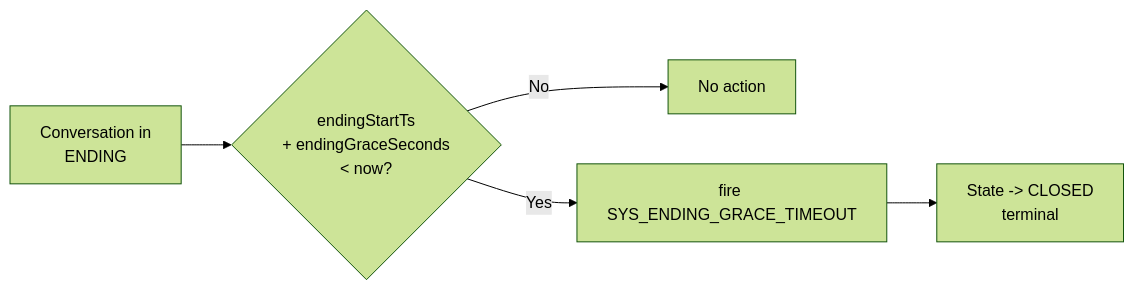
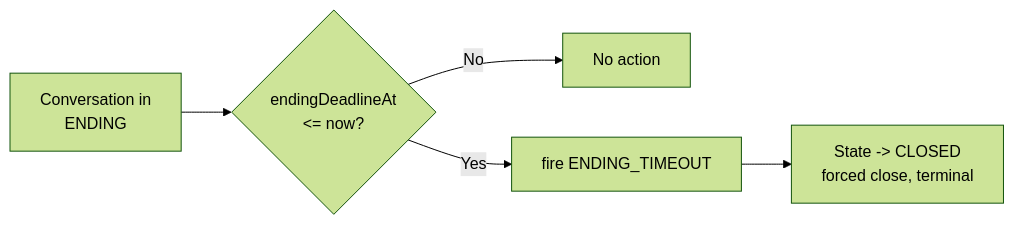
Before and after one commit to huangzhiqiu/ai-knowledge-design: the fifth of 7 diagrams in 08-Code/state-machine/docs/03-State-Transition-Diagrams.md, drawn with Mermaid (forest theme). The commit also changed other lines of this file, not shown here.

First line of the commit message:
docs(state-machine): update state transition diagrams for v4.0 alignment

````diff
--- a/08-Code/state-machine/docs/03-State-Transition-Diagrams.md
+++ b/08-Code/state-machine/docs/03-State-Transition-Diagrams.md
@@ -189,7 +229,7 @@
 ```mermaid
 flowchart LR
-    A[Conversation in<br/>ENDING] --> B{endingStartTs<br/>+ endingGraceSeconds<br/>< now?}
+    A[Conversation in<br/>ENDING] --> B{endingDeadlineAt<br/><= now?}
     B -->|No| C[No action]
-    B -->|Yes| D[fire SYS_ENDING_GRACE_TIMEOUT]
-    D --> E[State -> CLOSED<br/>terminal]
+    B -->|Yes| D[fire ENDING_TIMEOUT]
+    D --> E[State -> CLOSED<br/>forced close, terminal]
 ```
````
